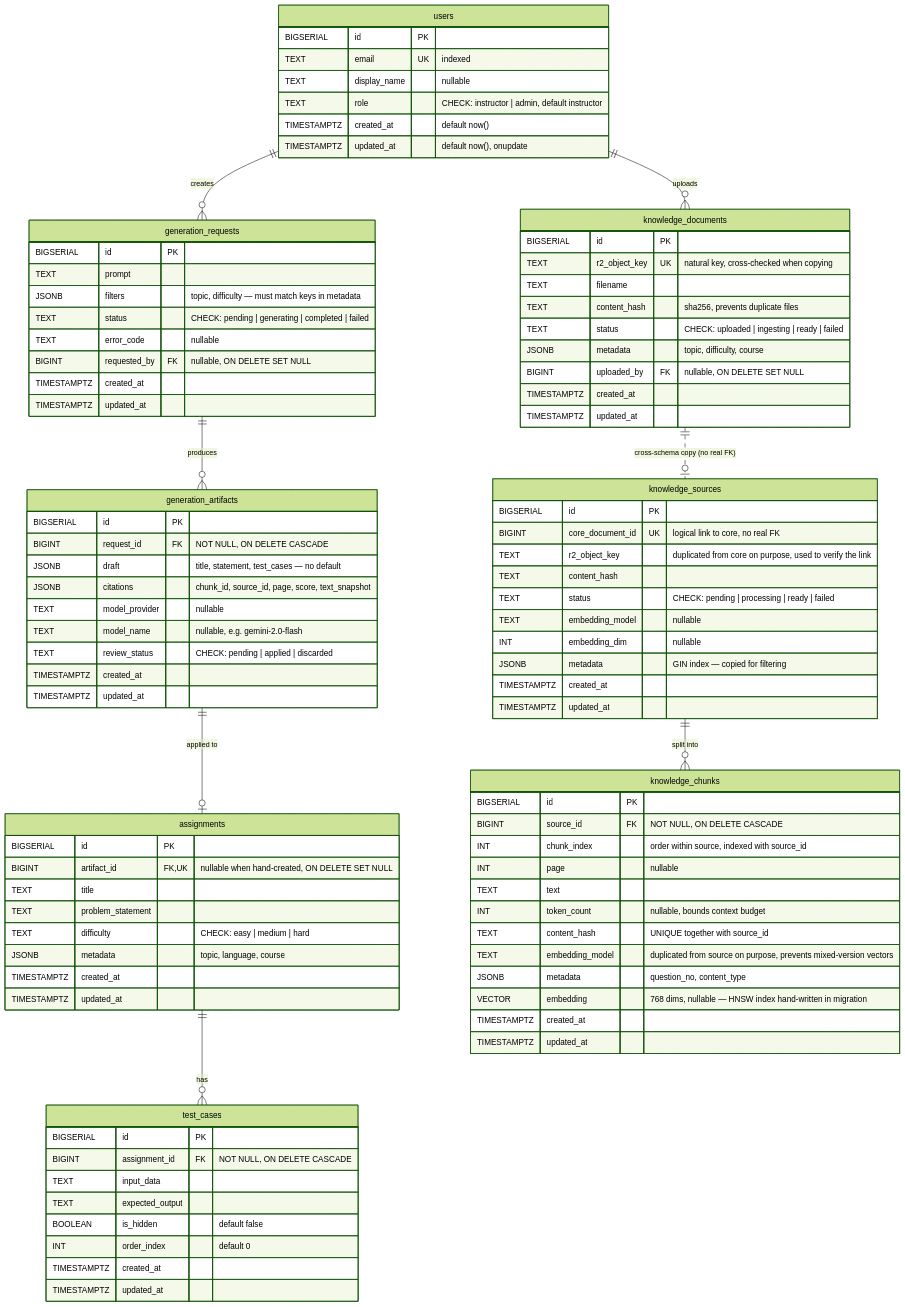
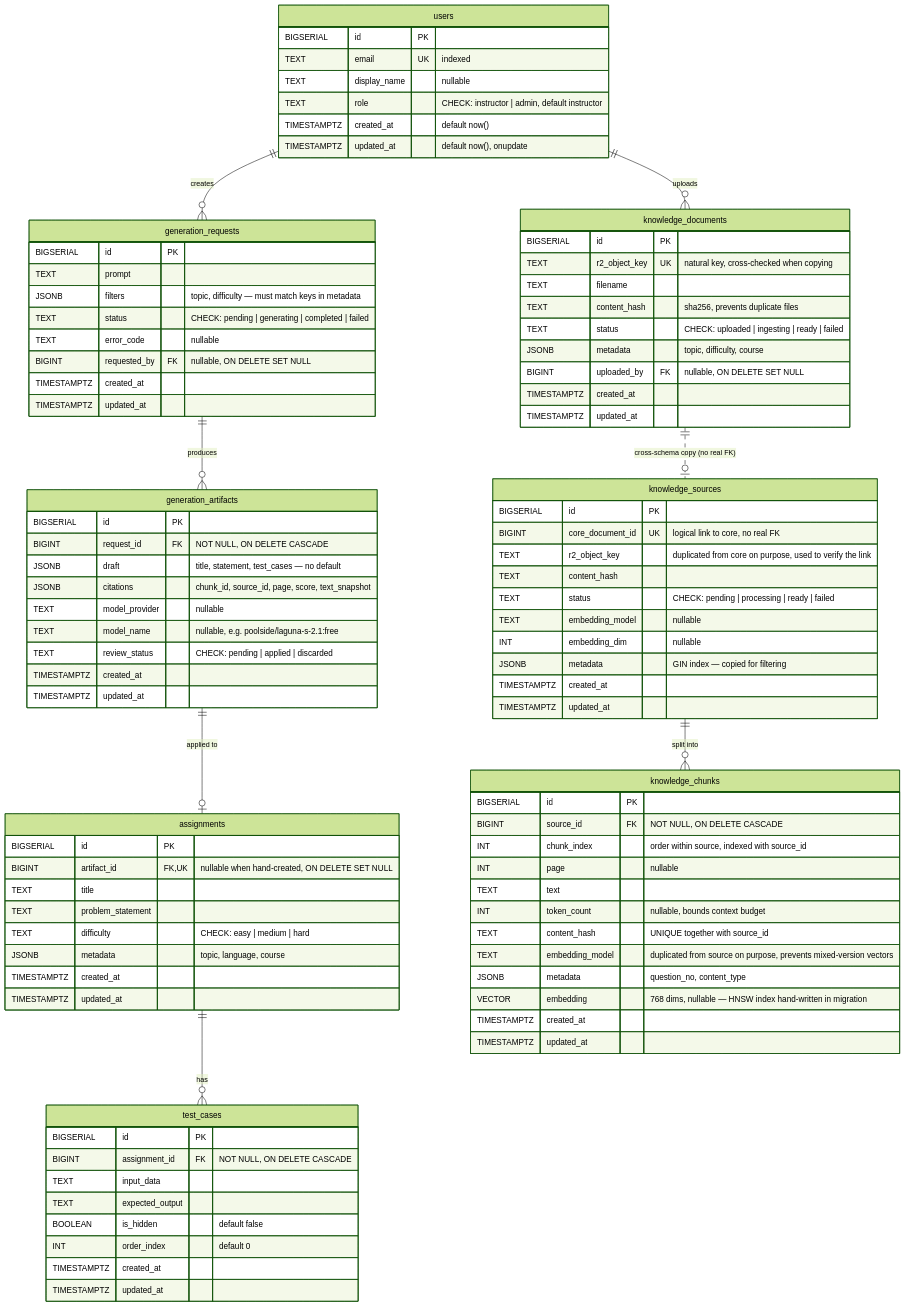
One commit to 03376124-SDD-2-1-69-SEC-1/PyJudge changed the diagram in README.md. Above: the diagram before and after it, drawn with Mermaid (forest theme). The commit also changed other lines of this file and 4 other files, not shown here.

```diff
--- a/README.md
+++ b/README.md
@@ -426,7 +429,7 @@
         JSONB draft "title, statement, test_cases — no default"
         JSONB citations "chunk_id, source_id, page, score, text_snapshot"
         TEXT model_provider "nullable"
-        TEXT model_name "nullable, e.g. gemini-2.0-flash"
+        TEXT model_name "nullable, e.g. poolside/laguna-s-2.1:free"
         TEXT review_status "CHECK: pending | applied | discarded"
         TIMESTAMPTZ created_at
         TIMESTAMPTZ updated_at
```
